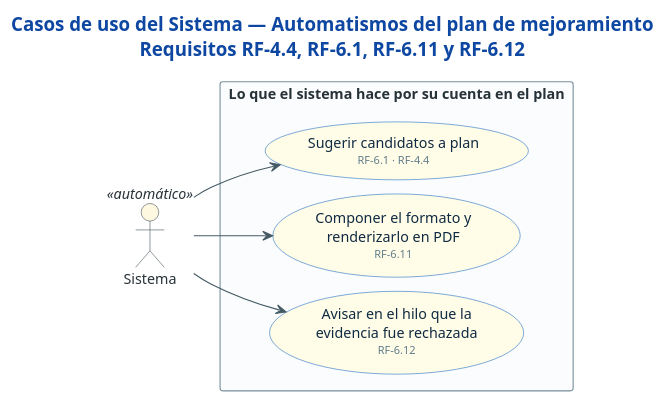
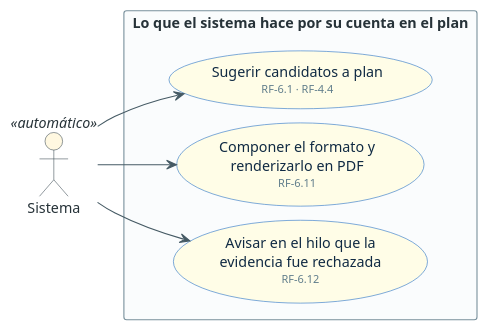
Before and after one commit to sistema-evaluacion-docente/api.evd: the diagram in docs/casos-de-uso/18-sistema-ciclo-de-planes.puml, drawn with PlantUML. The commit also changed 44 other files, not shown here.

First line of the commit message:
feat: add script to render use case diagrams to PDF

```diff
--- a/docs/casos-de-uso/18-sistema-ciclo-de-planes.puml
+++ b/docs/casos-de-uso/18-sistema-ciclo-de-planes.puml
@@ -1,50 +1,48 @@
 @startuml cu-18-sistema-ciclo-de-planes
 ' =============================================================================
 ' Sistema de Evaluación Docente (SET) — UFPS
 ' Fuente: Tabla 36 (actores) y Tabla 37 (requisitos funcionales) del documento de
 '         tesis, con la implementación de DistilUmbert-back y DistilUmbert-front.
 ' =============================================================================
-title Casos de uso del Sistema — Automatismos del plan de mejoramiento\nRequisitos RF-4.4, RF-6.1, RF-6.11 y RF-6.12
-
 left to right direction
 
 skinparam backgroundColor #FFFFFF
 skinparam shadowing false
 skinparam defaultFontSize 13
 skinparam TitleFontSize 17
 skinparam TitleFontColor #0D47A1
 skinparam ArrowColor #455A64
 skinparam ArrowFontColor #546E7A
 skinparam ArrowFontSize 11
 skinparam nodesep 12
 skinparam ranksep 40
 skinparam actor {
   BackgroundColor #ECEFF1
   BorderColor #37474F
   FontColor #263238
 }
 skinparam usecase {
   BackgroundColor #E3F2FD
   BorderColor #1565C0
   FontColor #102A43
 }
 skinparam rectangle {
   BackgroundColor #FAFCFD
   BorderColor #78909C
   FontColor #263238
   FontStyle bold
 }
 
 actor "Sistema" as SYS <<automático>> #FFF8E1
 
 rectangle "Lo que el sistema hace por su cuenta en el plan" {
   usecase "Sugerir candidatos a plan\n<size:10><color:#607D8B>RF-6.1 · RF-4.4</color></size>" as S21 #FFFDE7
   usecase "Componer el formato y\nrenderizarlo en PDF\n<size:10><color:#607D8B>RF-6.11</color></size>" as S25 #FFFDE7
   usecase "Avisar en el hilo que la\nevidencia fue rechazada\n<size:10><color:#607D8B>RF-6.12</color></size>" as S28 #FFFDE7
 }
 
 SYS --> S21
 SYS --> S25
 SYS --> S28
 
 @enduml
```
